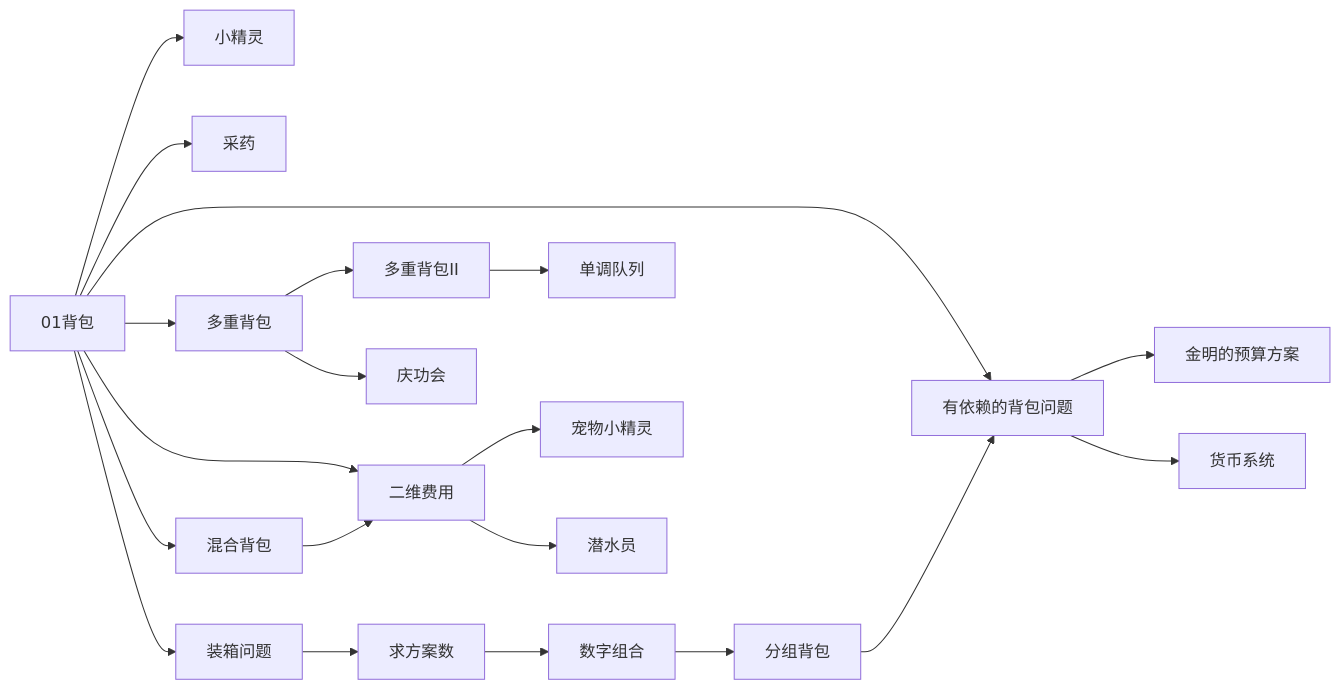
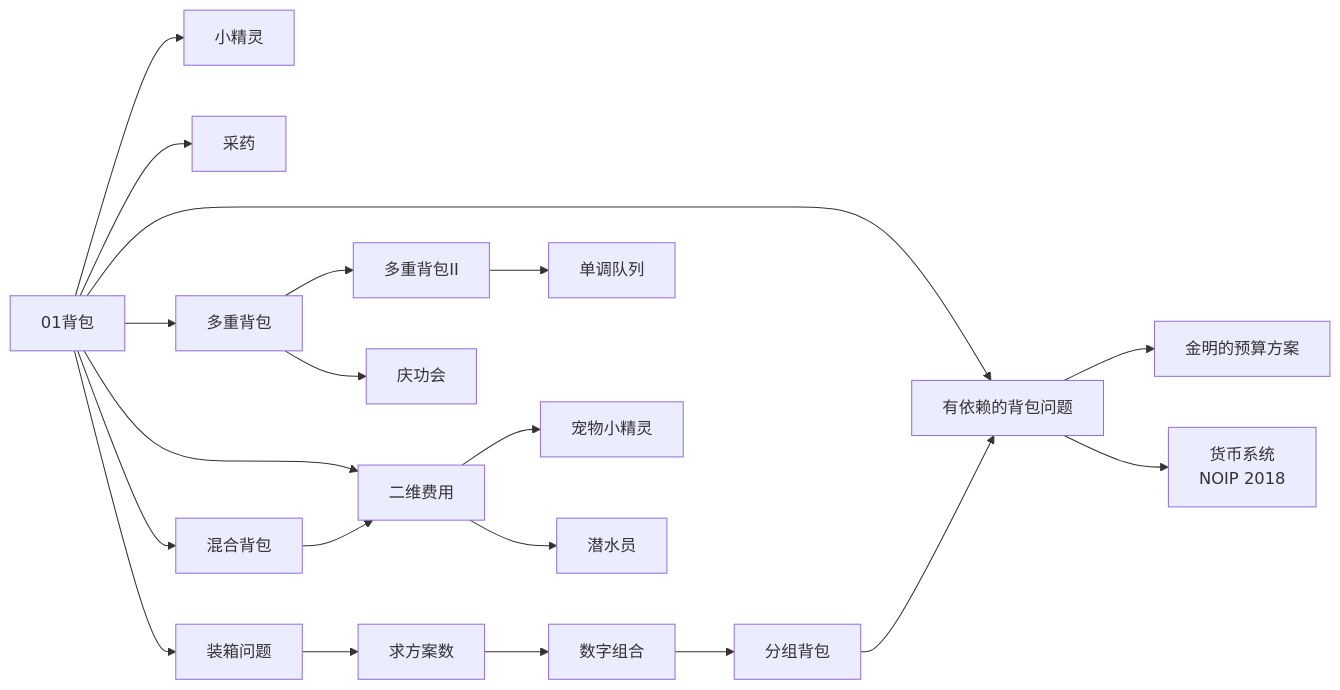
The diagram in 6*-动态规划进阶/6*.3-背包模型.md (cuberxl/Coders-Note), drawn with Mermaid before and after one commit. The commit also changed other lines of this file, not shown here.

````diff
--- a/6*-动态规划进阶/6*.3-背包模型.md
+++ b/6*-动态规划进阶/6*.3-背包模型.md
@@ -5,45 +5,45 @@
 ```mermaid
 graph LR
     A[01背包]
     B[小精灵]
     C[采药]
     D[装箱问题]
     E[求方案数]
     F[数字组合]
     G[分组背包]
     H[多重背包]
     I[多重背包II]
     J[单调队列]
     K[庆功会]
     L[混合背包]
     M[二维费用]
     N[宠物小精灵]
     O[潜水员]
     P[有依赖的背包问题]
     Q[金明的预算方案]
-    R[货币系统]
+    R[货币系统<br/>NOIP 2018]
 
     A --> B
     A --> C
     A --> D
     A --> H
     A --> L
     A --> M
     A --> P
 
     D --> E
     E --> F
     F --> G
     G --> P
 
     H --> I
     H --> K
     I --> J
 
     L --> M
     M --> N
     M --> O
 
     P --> Q
     P --> R
 ```
````
